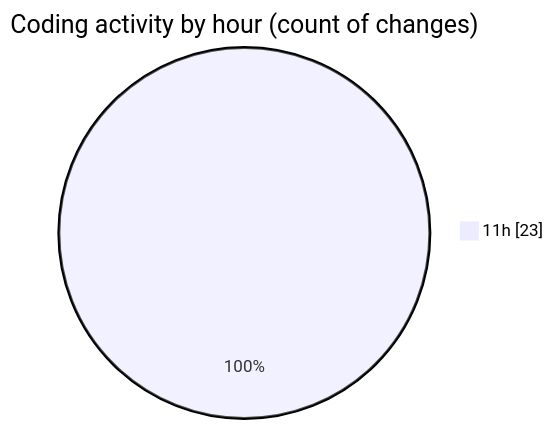
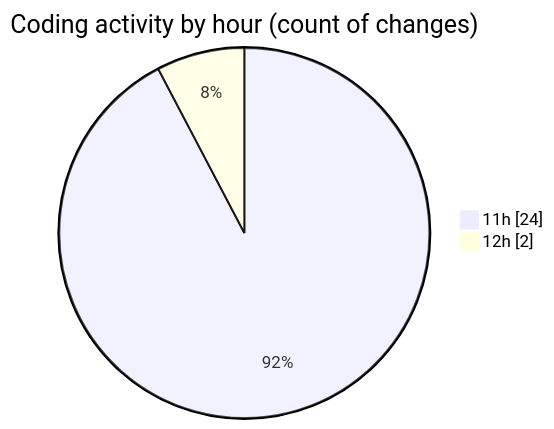
One commit to nxtqubesakshisongat/code-tracking changed the second of 2 diagrams in 2025-05-10/argos-dev/README.md. Above: the diagram before and after it, drawn with Mermaid. The commit also changed other lines of this file and 1 other file, not shown here.

````diff
--- a/2025-05-10/argos-dev/README.md
+++ b/2025-05-10/argos-dev/README.md
@@ -29,5 +29,6 @@
 ```mermaid
 pie showData
 title Coding activity by hour (count of changes)
-"11h" : 23
+"11h" : 24
+"12h" : 2
 ```
````
